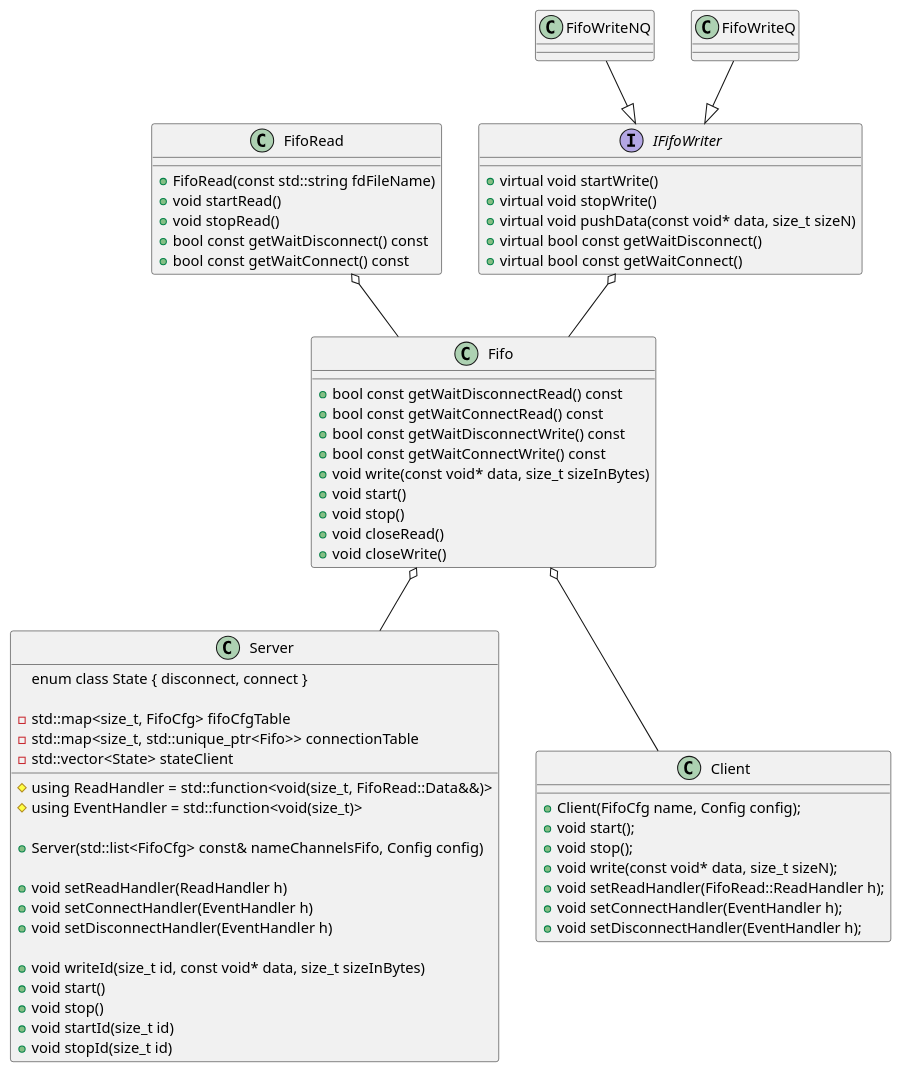
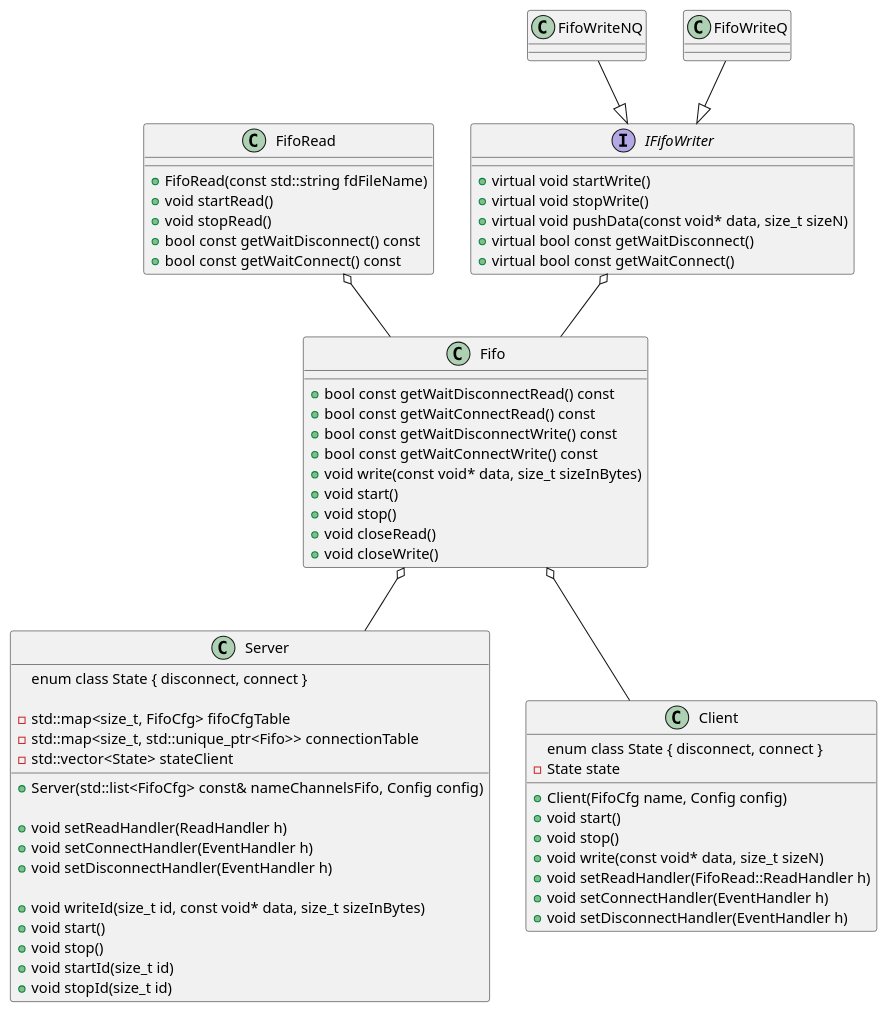
Before and after one commit to Ilya-Abramov00/FifoMaster: the diagram in TestTask/diagram_Server.puml, drawn with PlantUML.

```diff
--- a/TestTask/diagram_Server.puml
+++ b/TestTask/diagram_Server.puml
@@ -1,81 +1,79 @@
 @startuml
 
 interface IFifoWriter {
 	+virtual void startWrite()
 	+virtual void stopWrite()
 	+virtual void pushData(const void* data, size_t sizeN)
 	+virtual bool const getWaitDisconnect()
 	+virtual bool const getWaitConnect()
 }
 
 
 
 class FifoWriteNQ
 class FifoWriteQ
 
 FifoWriteNQ --|> IFifoWriter
 FifoWriteQ --|> IFifoWriter
 
 class FifoRead {
 	+FifoRead(const std::string fdFileName)
 	+void startRead()
 	+void stopRead()
 	+bool const getWaitDisconnect() const
 	+bool const getWaitConnect() const
 }
 
 class Fifo {
 	+bool const getWaitDisconnectRead() const
 	+bool const getWaitConnectRead() const
 	+bool const getWaitDisconnectWrite() const
 	+bool const getWaitConnectWrite() const
 	+void write(const void* data, size_t sizeInBytes)
 	+void start()
 	+void stop()
 	+void closeRead()
 	+void closeWrite()
 }
 
 FifoRead o--Fifo
 IFifoWriter o--Fifo
 
 
 
 class Server {
-
-	#using ReadHandler  = std::function<void(size_t, FifoRead::Data&&)>
-	#using EventHandler = std::function<void(size_t)>
-
 	+Server(std::list<FifoCfg> const& nameChannelsFifo, Config config)
 
 	+void setReadHandler(ReadHandler h)
 	+void setConnectHandler(EventHandler h)
 	+void setDisconnectHandler(EventHandler h)
 
 	+void writeId(size_t id, const void* data, size_t sizeInBytes)
 	+void start()
 	+void stop()
     +void startId(size_t id)
     +void stopId(size_t id)
 
 enum class State { disconnect, connect }
 
 	-std::map<size_t, FifoCfg> fifoCfgTable
 	-std::map<size_t, std::unique_ptr<Fifo>> connectionTable
     -std::vector<State> stateClient
 }
 Fifo o--Server
 
 class Client {
-	+Client(FifoCfg name, Config config);
-	+void start();
-	+void stop();
-	+void write(const void* data, size_t sizeN);
-	+void setReadHandler(FifoRead::ReadHandler h);
-	+void setConnectHandler(EventHandler h);
-	+void setDisconnectHandler(EventHandler h);
+	+Client(FifoCfg name, Config config)
+	+void start()
+	+void stop()
+	+void write(const void* data, size_t sizeN)
+	+void setReadHandler(FifoRead::ReadHandler h)
+	+void setConnectHandler(EventHandler h)
+	+void setDisconnectHandler(EventHandler h)
+	enum class State { disconnect, connect }
+	-State state
 }
 
 Fifo o--Client
 
 @enduml
```
